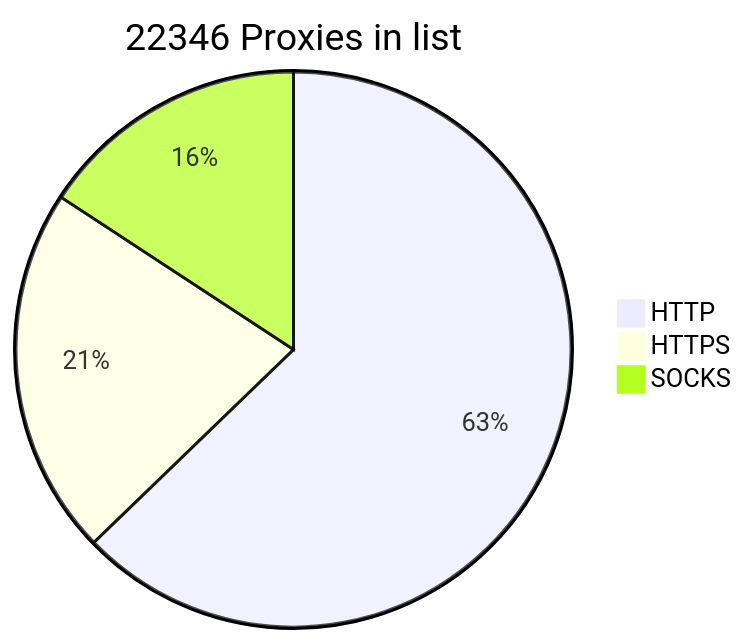
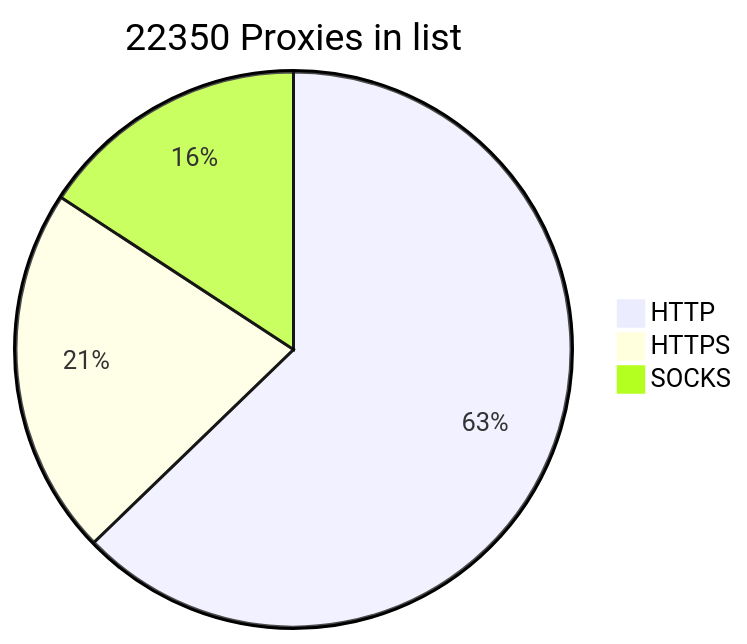
Before and after one commit to BlackSnowDot/proxylist-update-every-minute: the diagram in README.md, drawn with Mermaid.

````diff
--- a/README.md
+++ b/README.md
@@ -2,6 +2,6 @@
 ```mermaid
-pie title 22346 Proxies in list
-    "HTTP" : 16072
+pie title 22350 Proxies in list
+    "HTTP" : 16073
     "HTTPS": 5494
-    "SOCKS" : 4037
+    "SOCKS" : 4040
 ```
````
